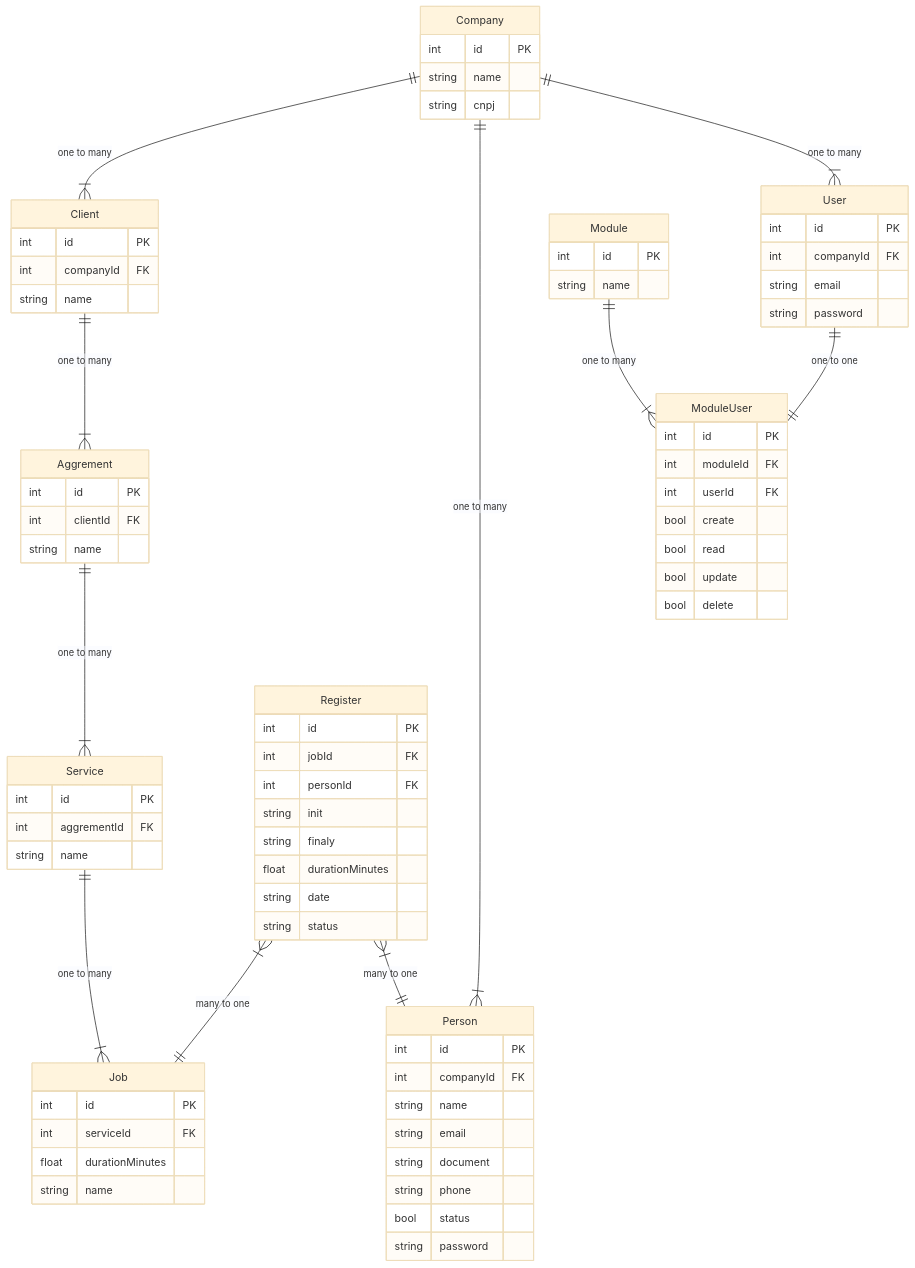
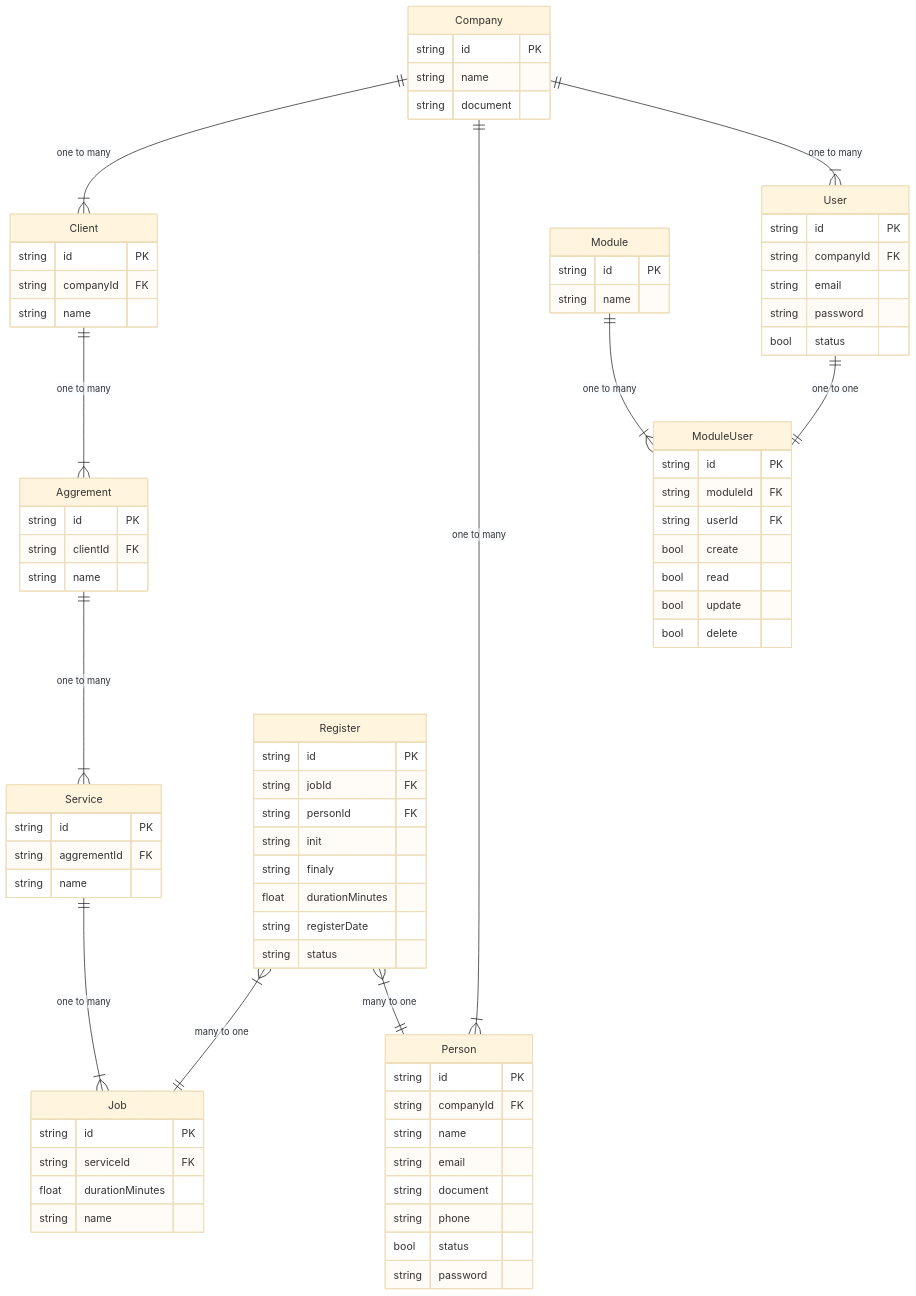
The diagram in MER.md (cristiano182/open-punch-clock), drawn with Mermaid (base theme) before and after one commit. The commit also changed 11 other files, not shown here.

````diff
--- a/MER.md
+++ b/MER.md
@@ -1,34 +1,34 @@
 ```mermaid
 erDiagram
     Company {
-        int id PK
+        string id PK
         string name
-        string cnpj
+        string document
     }
     Client {
-        int id PK
-        int companyId FK
+        string id PK
+        string companyId FK
         string name
     }
     Aggrement {
-        int id PK
-        int clientId FK
+        string id PK
+        string clientId FK
         string name
     }
     Service {
-        int id PK
-        int aggrementId FK
+        string id PK
+        string aggrementId FK
         string name
     }
     Job {
-        int id PK
-        int serviceId FK
+        string id PK
+        string serviceId FK
         float durationMinutes
         string name
     }
     Person {
-        int id PK
-        int companyId FK
+        string id PK
+        string companyId FK
         string name
         string email
         string document
@@ -38,21 +38,22 @@
     }
 
     User {
-        int id PK
-        int companyId FK
+        string id PK
+        string companyId FK
         string email
         string password
+        bool status
     }
 
     Module {
-        int id PK
+        string id PK
         string name
     }
 
     ModuleUser {
-        int id PK
-        int moduleId FK
-        int userId FK
+        string id PK
+        string moduleId FK
+        string userId FK
         bool create
         bool read
         bool update
@@ -60,13 +61,13 @@
     }
 
     Register {
-        int id PK
-        int jobId FK
-        int personId FK
+        string id PK
+        string jobId FK
+        string personId FK
         string init
         string finaly
         float durationMinutes
-        string date
+        string registerDate
         string status
     }
 
````
